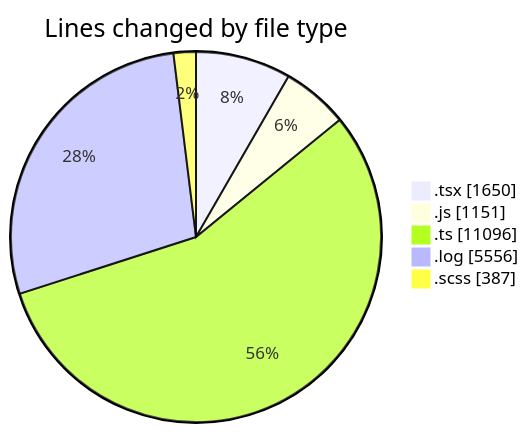
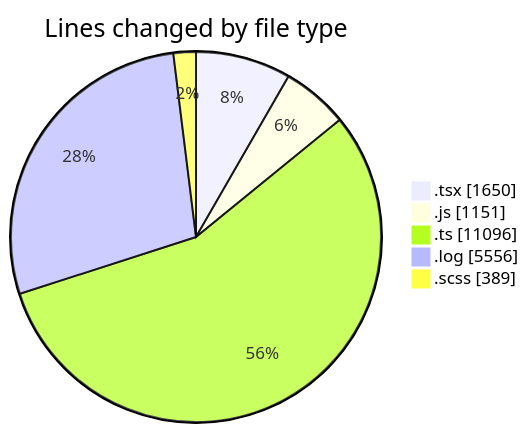
One commit to momahboobian/code-tracking changed the first of 2 diagrams in 2026-04-09/cda/README.md. Above: the diagram before and after it, drawn with Mermaid. The commit also changed other lines of this file and 1 other file, not shown here.

````diff
--- a/2026-04-09/cda/README.md
+++ b/2026-04-09/cda/README.md
@@ -32,9 +32,9 @@
 ```mermaid
 pie showData
 title Lines changed by file type
 ".tsx" : 1650
 ".js" : 1151
 ".ts" : 11096
 ".log" : 5556
-".scss" : 387
+".scss" : 389
 ```
````
